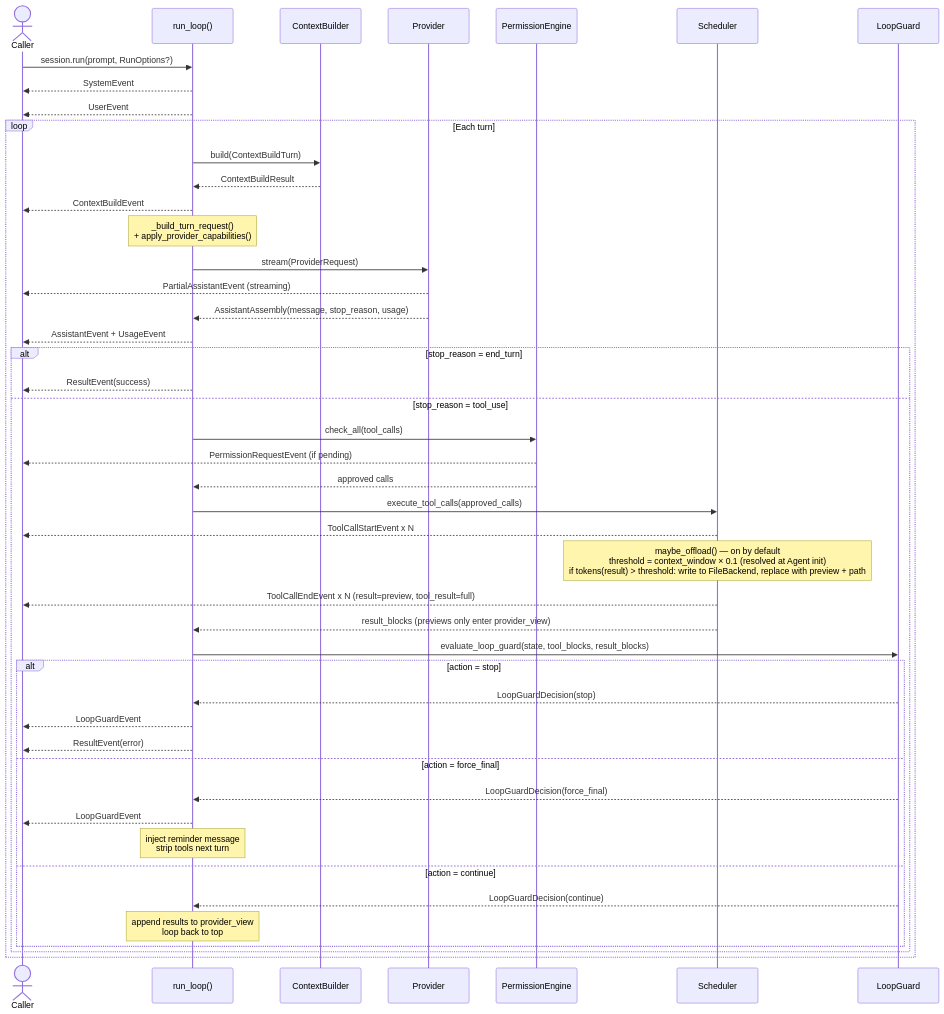
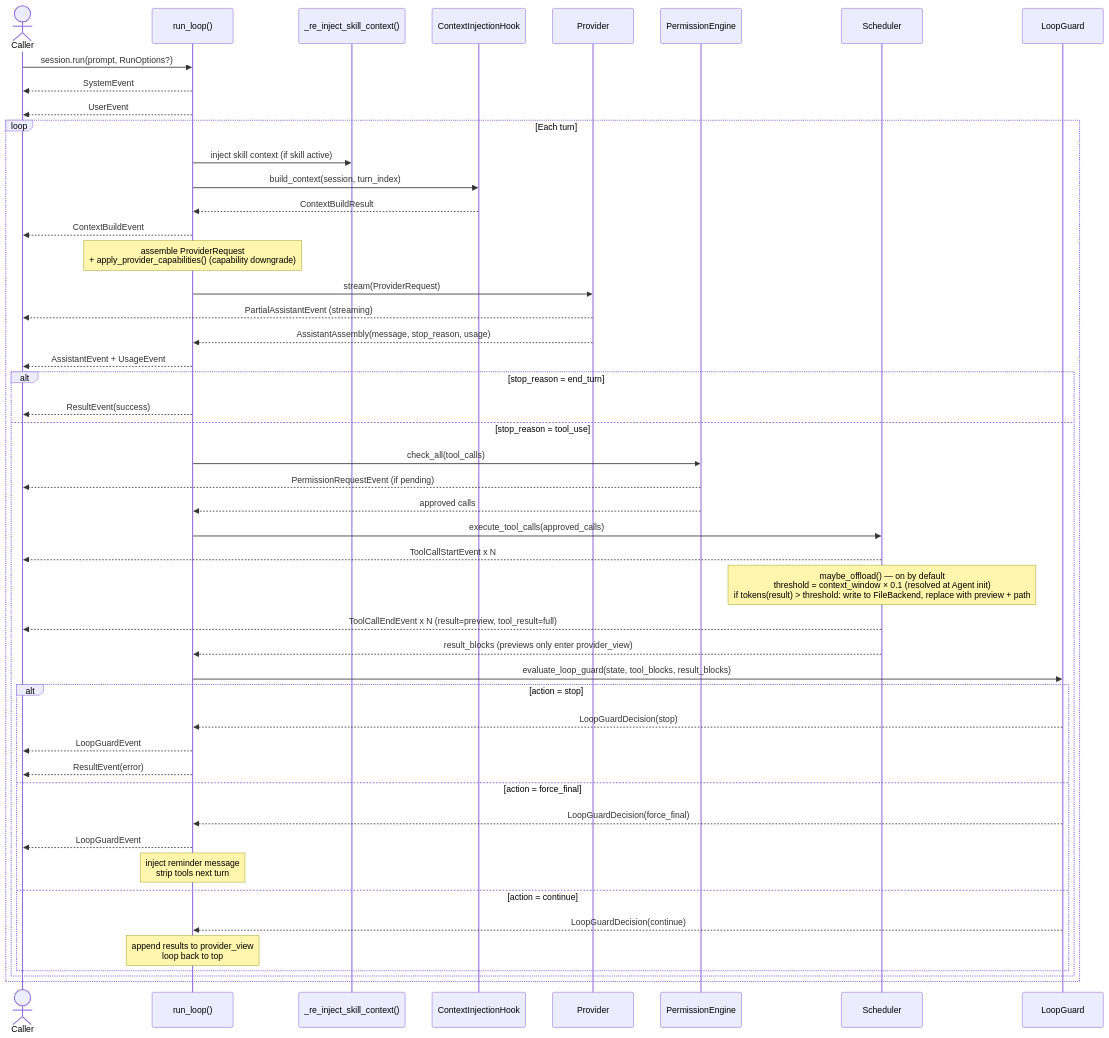
Before and after one commit to DuyTa506/linch: the second of 14 diagrams in docs/architecture.md, drawn with Mermaid. The commit also changed other lines of this file and 10 other files, not shown here.

````diff
--- a/docs/architecture.md
+++ b/docs/architecture.md
@@ -85,57 +85,59 @@
 ```mermaid
 sequenceDiagram
     actor Caller
     participant RL as run_loop()
-    participant CB as ContextBuilder
+    participant SK as _re_inject_skill_context()
+    participant CB as ContextInjectionHook
     participant PR as Provider
     participant PE as PermissionEngine
     participant SC as Scheduler
     participant LG as LoopGuard
 
     Caller->>RL: session.run(prompt, RunOptions?)
     RL-->>Caller: SystemEvent
     RL-->>Caller: UserEvent
 
     loop Each turn
-        RL->>CB: build(ContextBuildTurn)
+        RL->>SK: inject skill context (if skill active)
+        RL->>CB: build_context(session, turn_index)
         CB-->>RL: ContextBuildResult
         RL-->>Caller: ContextBuildEvent
 
-        Note over RL: _build_turn_request()<br/>+ apply_provider_capabilities()
+        Note over RL: assemble ProviderRequest<br/>+ apply_provider_capabilities() (capability downgrade)
 
         RL->>PR: stream(ProviderRequest)
         PR-->>Caller: PartialAssistantEvent (streaming)
         PR-->>RL: AssistantAssembly(message, stop_reason, usage)
 
         RL-->>Caller: AssistantEvent + UsageEvent
 
         alt stop_reason = end_turn
             RL-->>Caller: ResultEvent(success)
         else stop_reason = tool_use
             RL->>PE: check_all(tool_calls)
             PE-->>Caller: PermissionRequestEvent (if pending)
             PE-->>RL: approved calls
 
             RL->>SC: execute_tool_calls(approved_calls)
             SC-->>Caller: ToolCallStartEvent x N
             Note over SC: maybe_offload() — on by default<br/>threshold = context_window × 0.1 (resolved at Agent init)<br/>if tokens(result) > threshold: write to FileBackend, replace with preview + path
             SC-->>Caller: ToolCallEndEvent x N (result=preview, tool_result=full)
             SC-->>RL: result_blocks (previews only enter provider_view)
 
             RL->>LG: evaluate_loop_guard(state, tool_blocks, result_blocks)
 
             alt action = stop
                 LG-->>RL: LoopGuardDecision(stop)
                 RL-->>Caller: LoopGuardEvent
                 RL-->>Caller: ResultEvent(error)
             else action = force_final
                 LG-->>RL: LoopGuardDecision(force_final)
                 RL-->>Caller: LoopGuardEvent
                 Note over RL: inject reminder message<br/>strip tools next turn
             else action = continue
                 LG-->>RL: LoopGuardDecision(continue)
                 Note over RL: append results to provider_view<br/>loop back to top
             end
         end
     end
 ```
````
